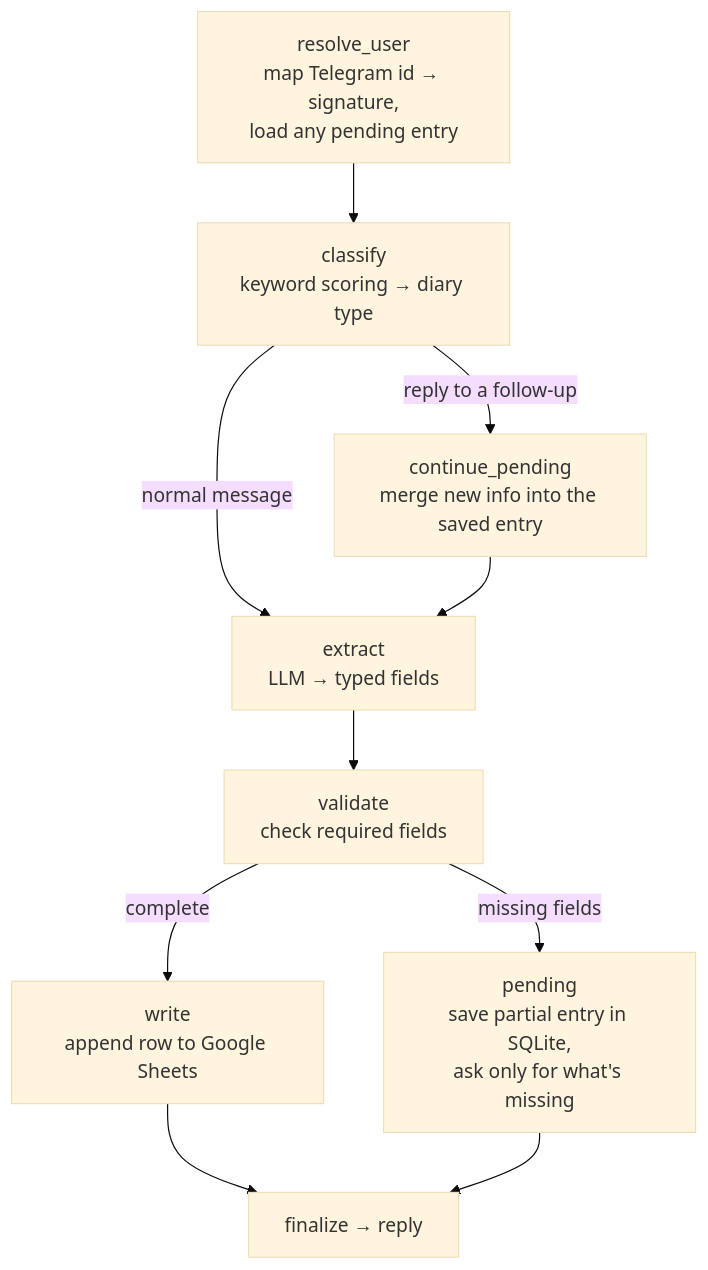
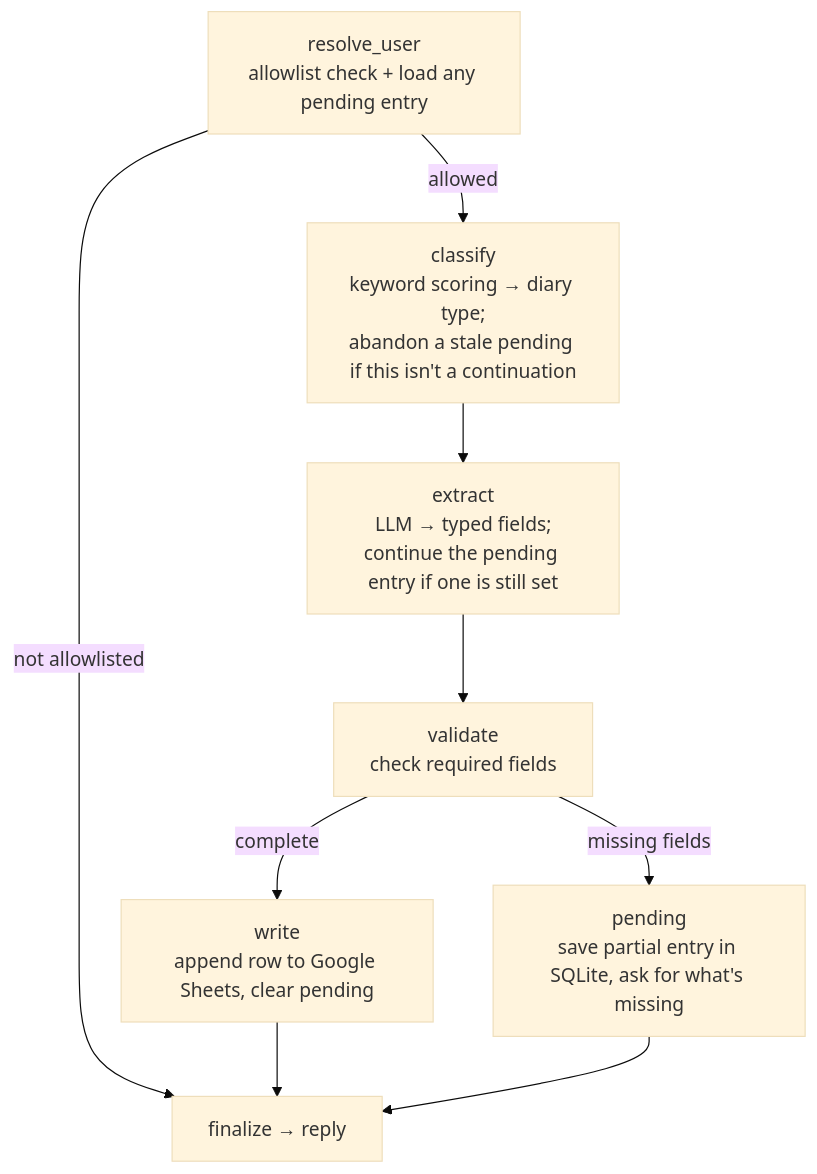
Before and after one commit to GYosifov88/haccp-diaries-helper: the diagram in README.md, drawn with Mermaid (base theme). The commit also changed other lines of this file and 7 other files, not shown here.

Commit message:
fix: enforce the Telegram user allowlist (deny and short-circuit unauthorized senders)

````diff
--- a/README.md
+++ b/README.md
@@ -20,12 +21,11 @@
 ```mermaid
 flowchart TD
-    A["resolve_user<br/>map Telegram id → signature,<br/>load any pending entry"] --> B["classify<br/>keyword scoring → diary type"]
-    B -->|normal message| C["extract<br/>LLM → typed fields"]
-    B -->|reply to a follow-up| P["continue_pending<br/>merge new info into the saved entry"]
-    P --> C
+    A["resolve_user<br/>allowlist check + load any pending entry"] -->|not allowlisted| G["finalize → reply"]
+    A -->|allowed| B["classify<br/>keyword scoring → diary type;<br/>abandon a stale pending if this isn't a continuation"]
+    B --> C["extract<br/>LLM → typed fields;<br/>continue the pending entry if one is still set"]
     C --> D["validate<br/>check required fields"]
-    D -->|complete| E["write<br/>append row to Google Sheets"]
-    D -->|missing fields| F["pending<br/>save partial entry in SQLite,<br/>ask only for what's missing"]
-    E --> G["finalize → reply"]
+    D -->|complete| E["write<br/>append row to Google Sheets, clear pending"]
+    D -->|missing fields| F["pending<br/>save partial entry in SQLite, ask for what's missing"]
+    E --> G
     F --> G
 ```
````
